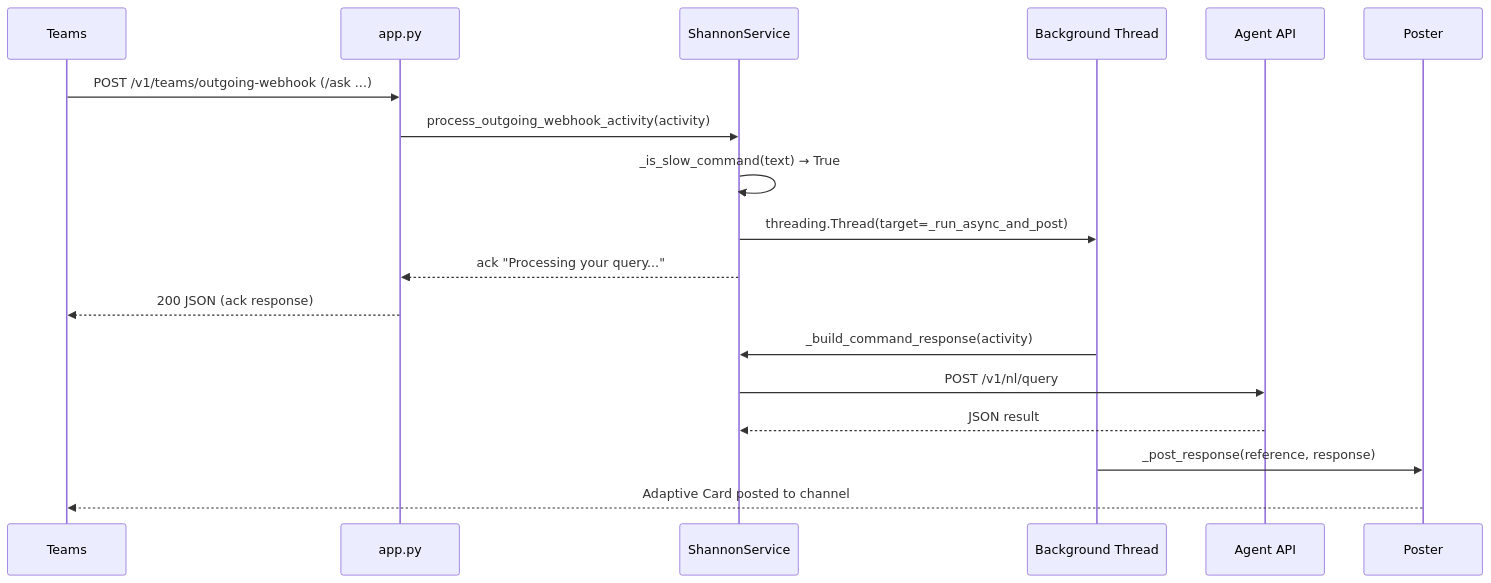
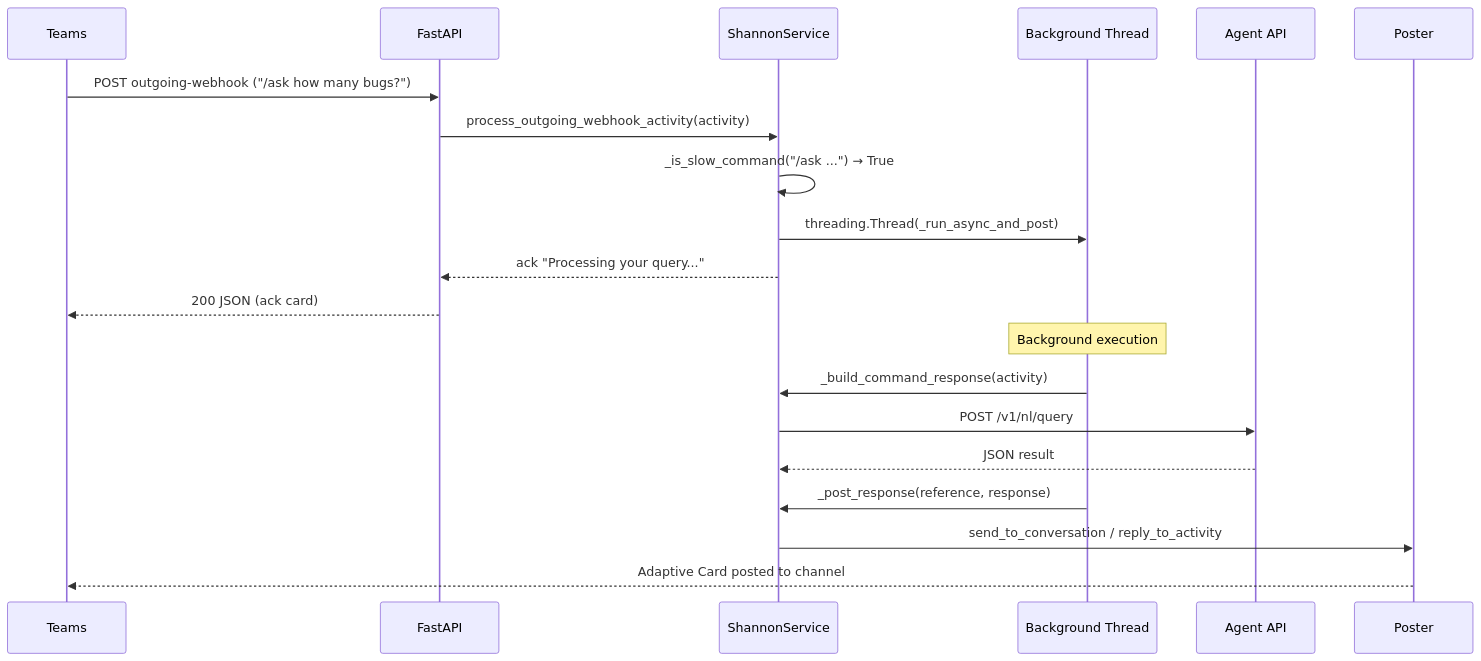
Before and after one commit to jmac-cornelis/agent-workforce: the third of 4 diagrams in docs/shannon.md, drawn with Mermaid. The commit also changed other lines of this file and 8 other files, not shown here.

````diff
--- a/docs/shannon.md
+++ b/docs/shannon.md
@@ -107,21 +78,23 @@
 ```mermaid
 sequenceDiagram
     participant T as Teams
-    participant A as app.py
+    participant A as FastAPI
     participant S as ShannonService
     participant TH as Background Thread
     participant AG as Agent API
     participant P as Poster
 
-    T->>A: POST /v1/teams/outgoing-webhook (/ask ...)
+    T->>A: POST outgoing-webhook ("/ask how many bugs?")
     A->>S: process_outgoing_webhook_activity(activity)
-    S->>S: _is_slow_command(text) → True
-    S->>TH: threading.Thread(target=_run_async_and_post)
+    S->>S: _is_slow_command("/ask ...") → True
+    S->>TH: threading.Thread(_run_async_and_post)
     S-->>A: ack "Processing your query..."
-    A-->>T: 200 JSON (ack response)
+    A-->>T: 200 JSON (ack card)
+    Note over TH: Background execution
     TH->>S: _build_command_response(activity)
     S->>AG: POST /v1/nl/query
     AG-->>S: JSON result
-    TH->>P: _post_response(reference, response)
+    TH->>S: _post_response(reference, response)
+    S->>P: send_to_conversation / reply_to_activity
     P-->>T: Adaptive Card posted to channel
 ```
````
